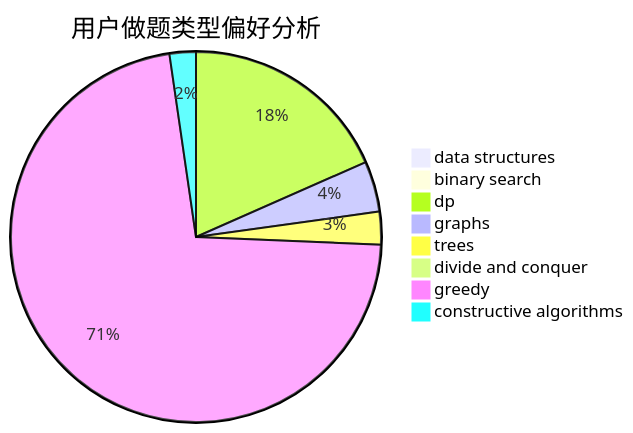
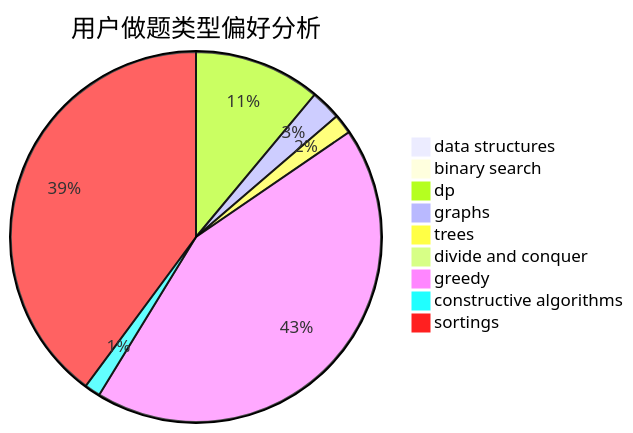
Before and after one commit to sherpahu/cfrs.github.io: the second of 3 diagrams in docs/user/u1170.md, drawn with Mermaid. The commit also changed other lines of this file and 2769 other files, not shown here.

````diff
--- a/docs/user/u1170.md
+++ b/docs/user/u1170.md
@@ -23,11 +18,12 @@
 ```mermaid
 pie title 用户做题类型偏好分析
     "data structures" :  5
     "binary search" :  2
     "dp" :  96
     "graphs" :  23
     "trees" :  15
     "divide and conquer" :  3
     "greedy" :  376
     "constructive algorithms" :  12
+    "sortings" :  346
 ```
````
